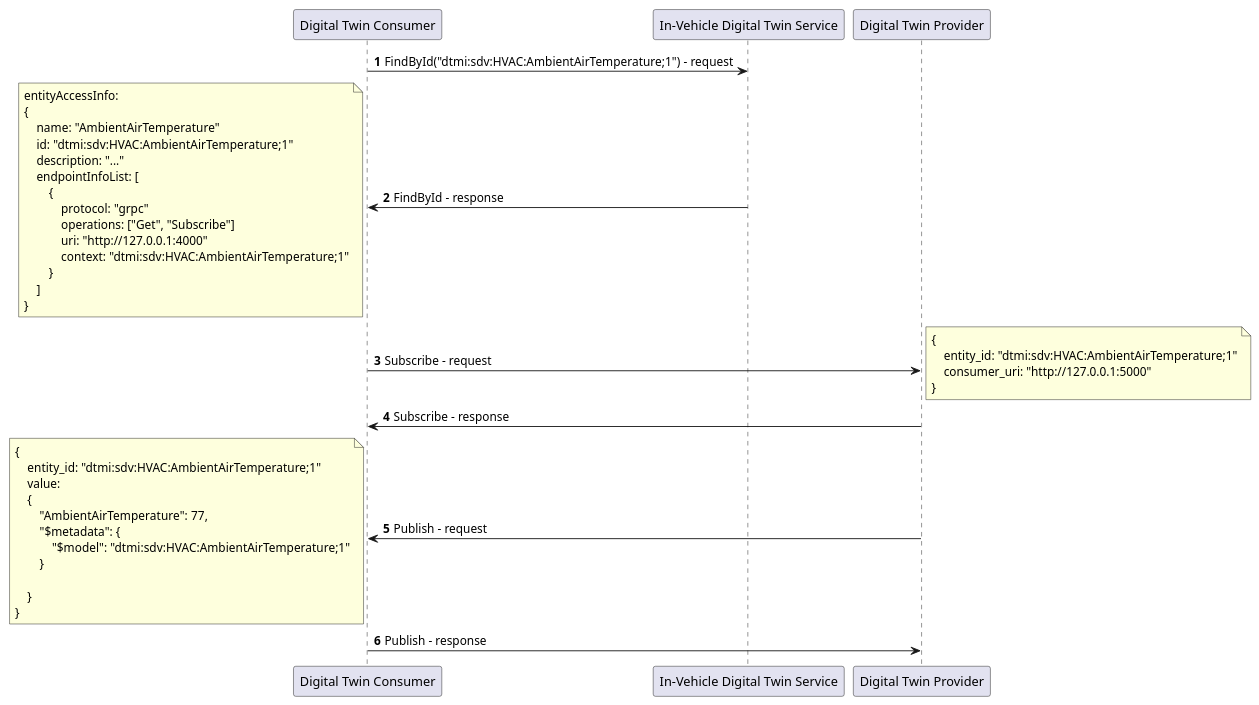
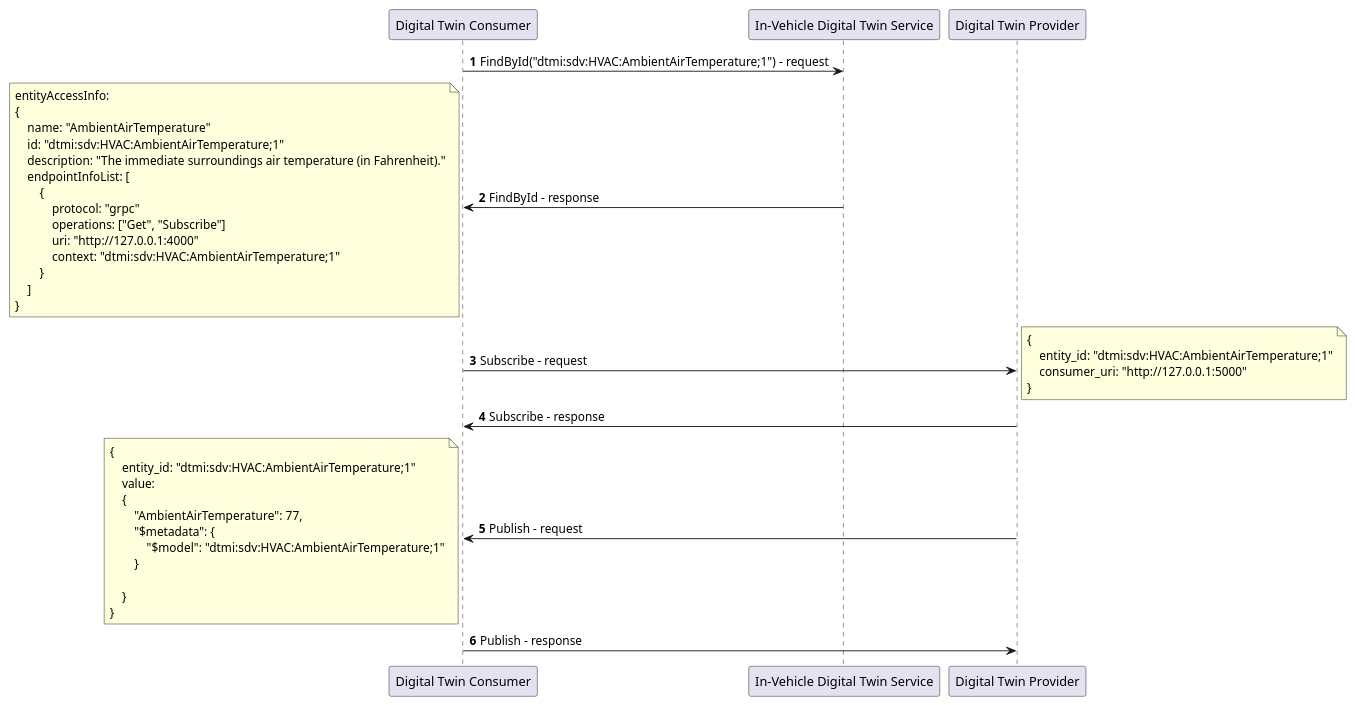
One commit to eclipse-ibeji/ibeji changed the diagram in docs/design/diagrams/subscribe_sequence.puml. Above: the diagram before and after it, drawn with PlantUML. The commit also changed 6 other files, not shown here.

```diff
--- a/docs/design/diagrams/subscribe_sequence.puml
+++ b/docs/design/diagrams/subscribe_sequence.puml
@@ -1,51 +1,51 @@
 @startuml
 
 autonumber
 
 "Digital Twin Consumer" -> "In-Vehicle Digital Twin Service" : FindById("dtmi:sdv:HVAC:AmbientAirTemperature;1") - request
 "Digital Twin Consumer" <- "In-Vehicle Digital Twin Service" : FindById - response
 note left
 entityAccessInfo:
 {
     name: "AmbientAirTemperature"
     id: "dtmi:sdv:HVAC:AmbientAirTemperature;1"
-    description: "..."
+    description: "The immediate surroundings air temperature (in Fahrenheit)."
     endpointInfoList: [
         {
             protocol: "grpc"
             operations: ["Get", "Subscribe"]
             uri: "http://127.0.0.1:4000"
             context: "dtmi:sdv:HVAC:AmbientAirTemperature;1"
         }
     ]
 }
 end note
 
 "Digital Twin Consumer" -> "Digital Twin Provider" : Subscribe - request
 note right
 {
     entity_id: "dtmi:sdv:HVAC:AmbientAirTemperature;1"
     consumer_uri: "http://127.0.0.1:5000"
 }
 end note
 
 "Digital Twin Consumer" <- "Digital Twin Provider" : Subscribe - response
 
 "Digital Twin Consumer" <- "Digital Twin Provider" : Publish - request
 note left
 {
     entity_id: "dtmi:sdv:HVAC:AmbientAirTemperature;1"
     value:
     {
         "AmbientAirTemperature": 77,
         "$metadata": {
             "$model": "dtmi:sdv:HVAC:AmbientAirTemperature;1"
         }
 
     }
 }
 end note
 
 "Digital Twin Consumer" -> "Digital Twin Provider" : Publish - response
 
 @enduml
```
